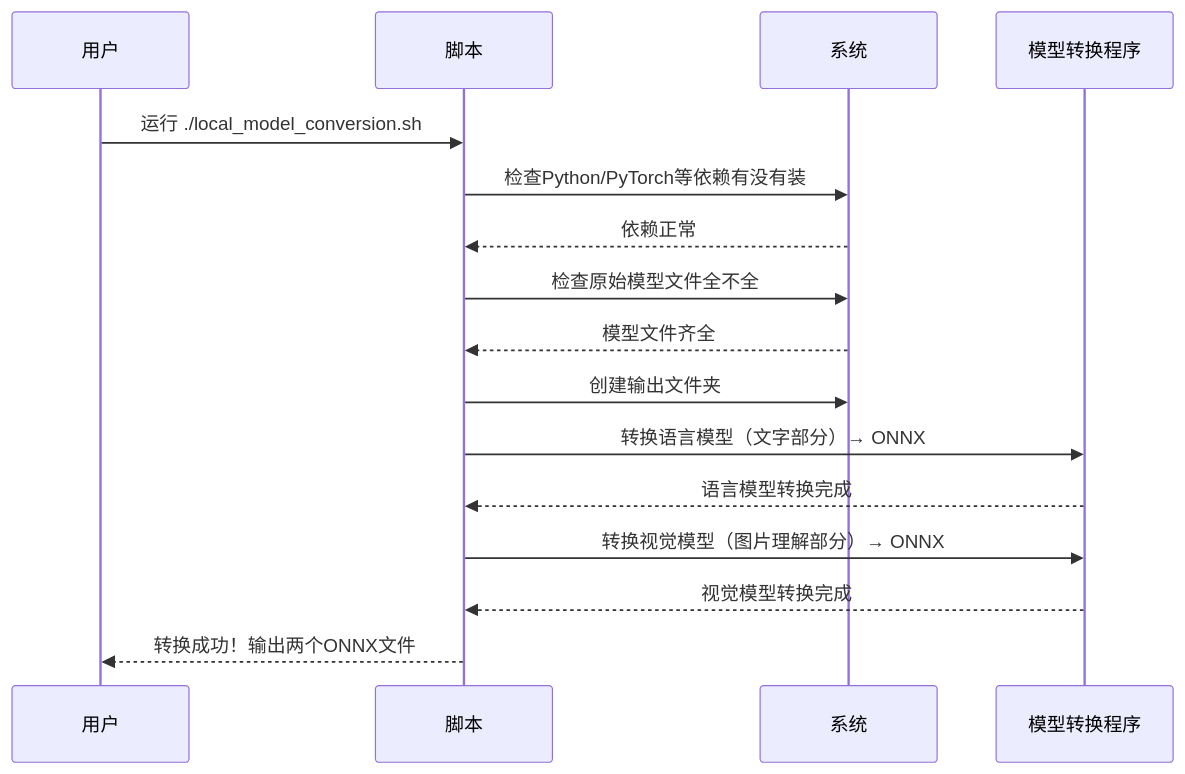
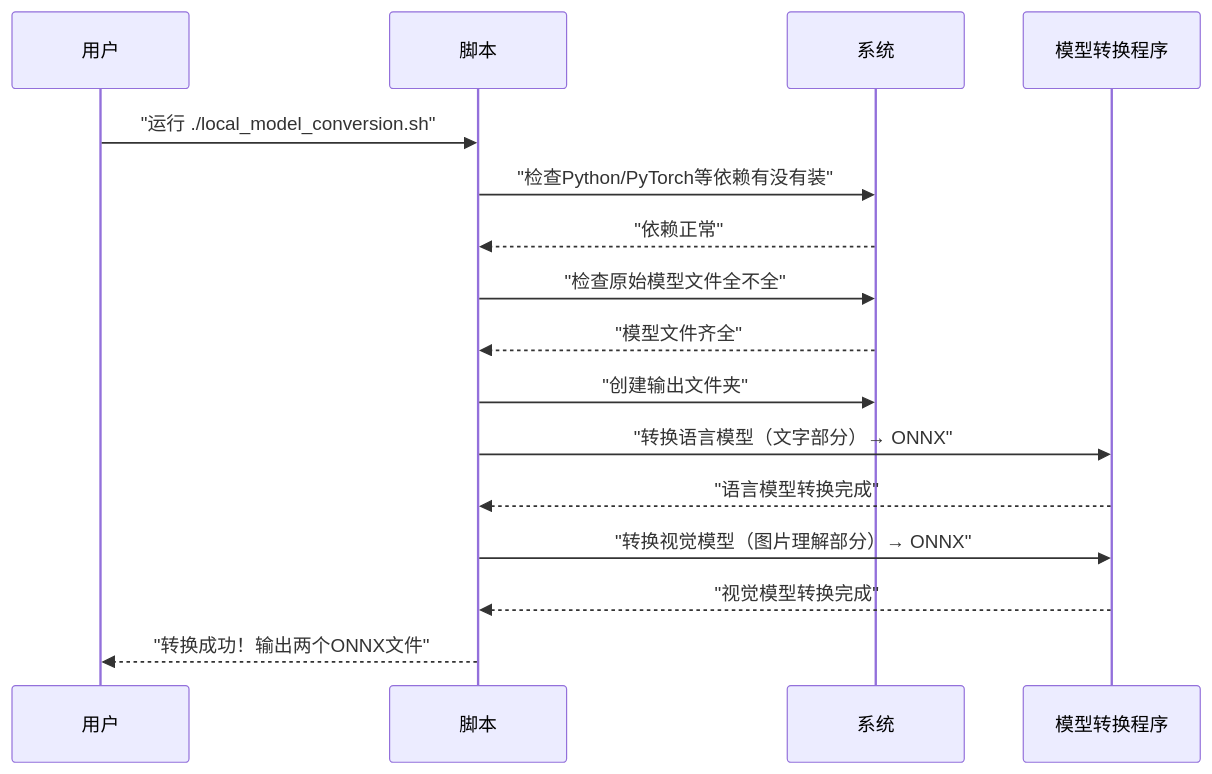
One commit to crazy2010king/TensorRT-Edge-LLM_Local changed the second of 4 diagrams in 端侧多模态模型部署全流程讲解.md. Above: the diagram before and after it, drawn with Mermaid. The commit also changed other lines of this file, not shown here.

Commit message:
修复：Mermaid流程图解析错误

````diff
--- a/端侧多模态模型部署全流程讲解.md
+++ b/端侧多模态模型部署全流程讲解.md
@@ -51,19 +51,19 @@
 ```mermaid
 sequenceDiagram
     participant 用户
     participant 脚本
     participant 系统
     participant 模型转换程序
 
-    用户->>脚本: 运行 ./local_model_conversion.sh
-    脚本->>系统: 检查Python/PyTorch等依赖有没有装
-    系统-->>脚本: 依赖正常
-    脚本->>系统: 检查原始模型文件全不全
-    系统-->>脚本: 模型文件齐全
-    脚本->>系统: 创建输出文件夹
-    脚本->>模型转换程序: 转换语言模型（文字部分）→ ONNX
-    模型转换程序-->>脚本: 语言模型转换完成
-    脚本->>模型转换程序: 转换视觉模型（图片理解部分）→ ONNX
-    模型转换程序-->>脚本: 视觉模型转换完成
-    脚本-->>用户: 转换成功！输出两个ONNX文件
+    用户->>脚本: "运行 ./local_model_conversion.sh"
+    脚本->>系统: "检查Python/PyTorch等依赖有没有装"
+    系统-->>脚本: "依赖正常"
+    脚本->>系统: "检查原始模型文件全不全"
+    系统-->>脚本: "模型文件齐全"
+    脚本->>系统: "创建输出文件夹"
+    脚本->>模型转换程序: "转换语言模型（文字部分）→ ONNX"
+    模型转换程序-->>脚本: "语言模型转换完成"
+    脚本->>模型转换程序: "转换视觉模型（图片理解部分）→ ONNX"
+    模型转换程序-->>脚本: "视觉模型转换完成"
+    脚本-->>用户: "转换成功！输出两个ONNX文件"
 ```
````
